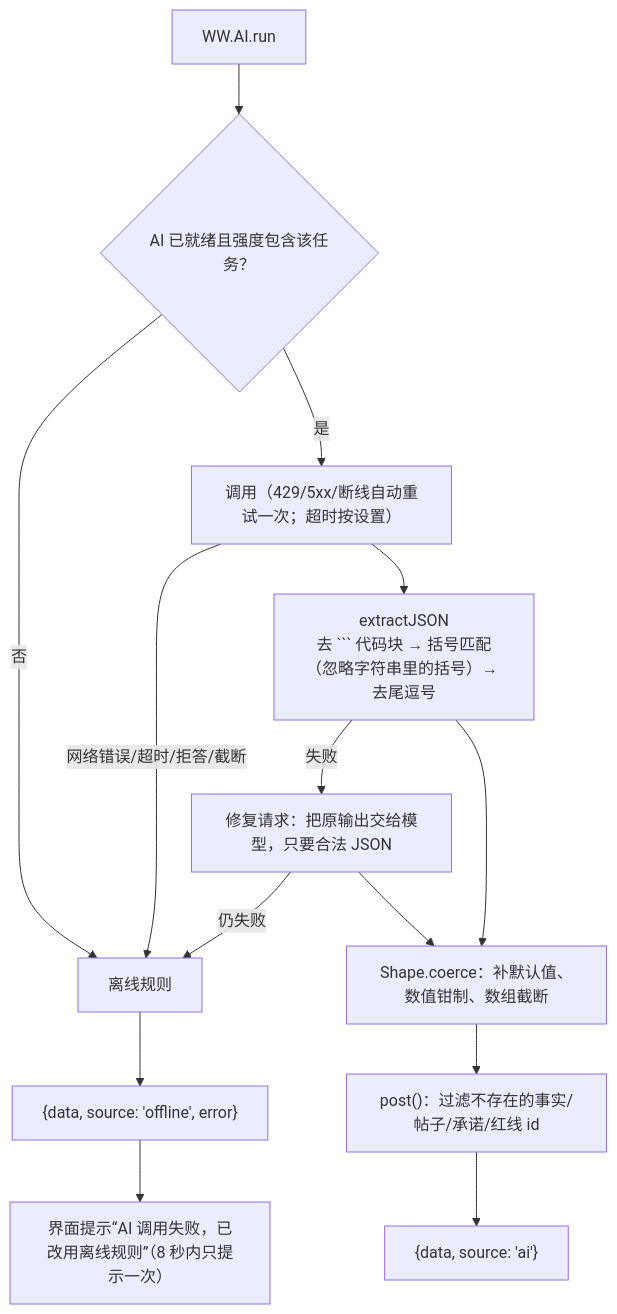
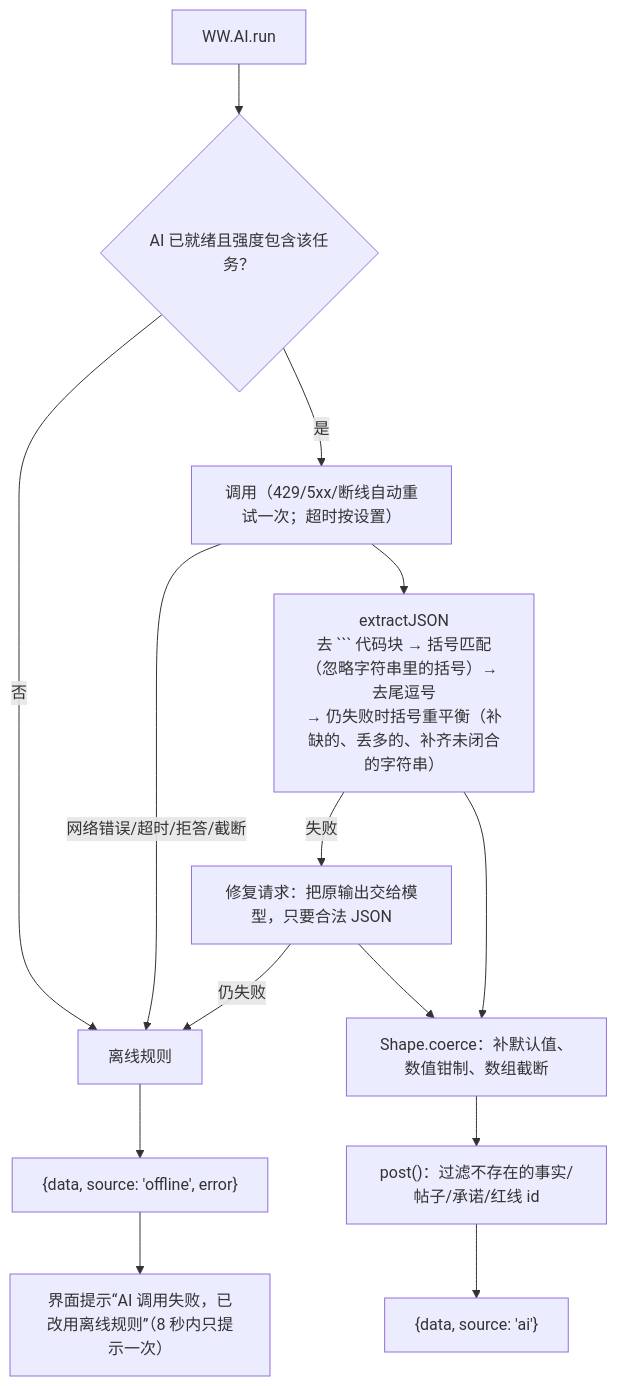
The second of 3 diagrams in docs/AI.md (brokenwing/whitewash-simulator), drawn with Mermaid before and after one commit. The commit also changed other lines of this file and 12 other files, not shown here.

````diff
--- a/docs/AI.md
+++ b/docs/AI.md
@@ -137,16 +139,16 @@
 ```mermaid
 flowchart TD
   A["WW.AI.run"] --> B{"AI 已就绪且强度包含该任务？"}
   B -- 否 --> Off["离线规则"]
   B -- 是 --> C["调用（429/5xx/断线自动重试一次；超时按设置）"]
   C -- 网络错误/超时/拒答/截断 --> Off
-  C --> D["extractJSON<br/>去 ``` 代码块 → 括号匹配（忽略字符串里的括号）→ 去尾逗号"]
+  C --> D["extractJSON<br/>去 ``` 代码块 → 括号匹配（忽略字符串里的括号）→ 去尾逗号<br/>→ 仍失败时括号重平衡（补缺的、丢多的、补齐未闭合的字符串）"]
   D -- 失败 --> E["修复请求：把原输出交给模型，只要合法 JSON"]
   E -- 仍失败 --> Off
   E --> F
   D --> F["Shape.coerce：补默认值、数值钳制、数组截断"]
   F --> G["post()：过滤不存在的事实/帖子/承诺/红线 id"]
   G --> H["{data, source: 'ai'}"]
   Off --> I["{data, source: 'offline', error}"]
   I --> J["界面提示“AI 调用失败，已改用离线规则”（8 秒内只提示一次）"]
 ```
````
